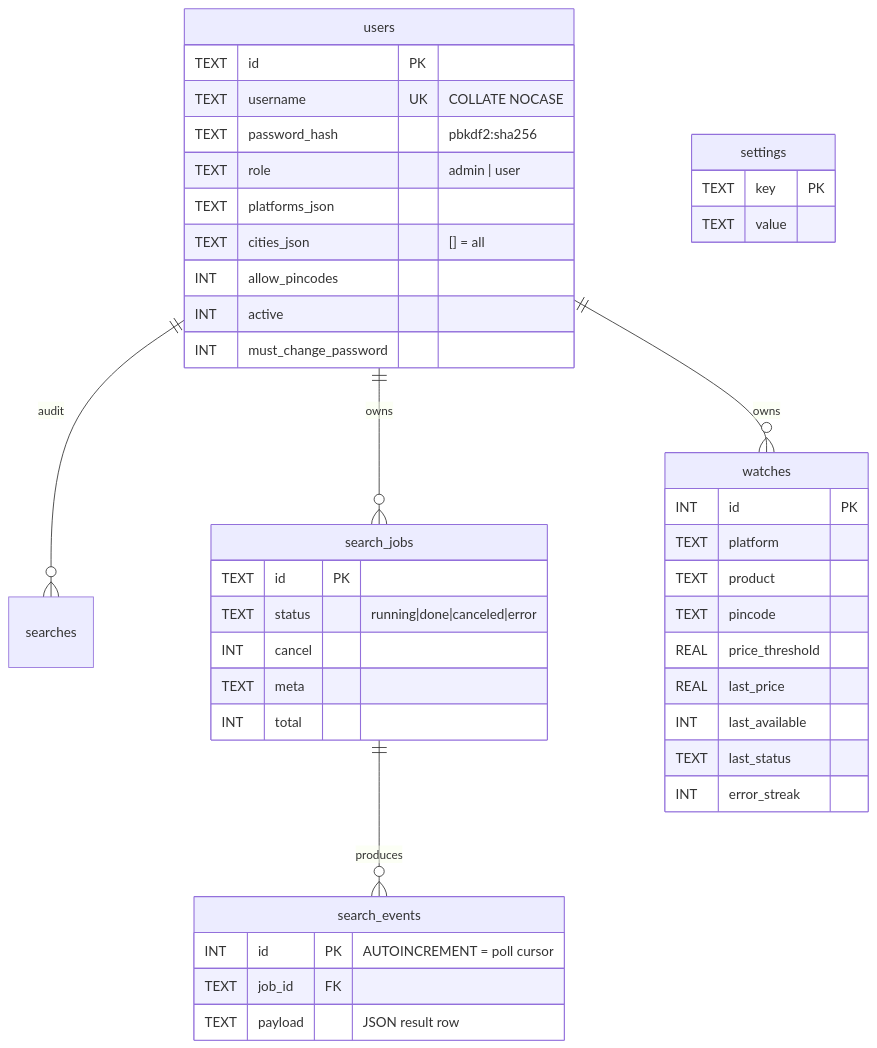
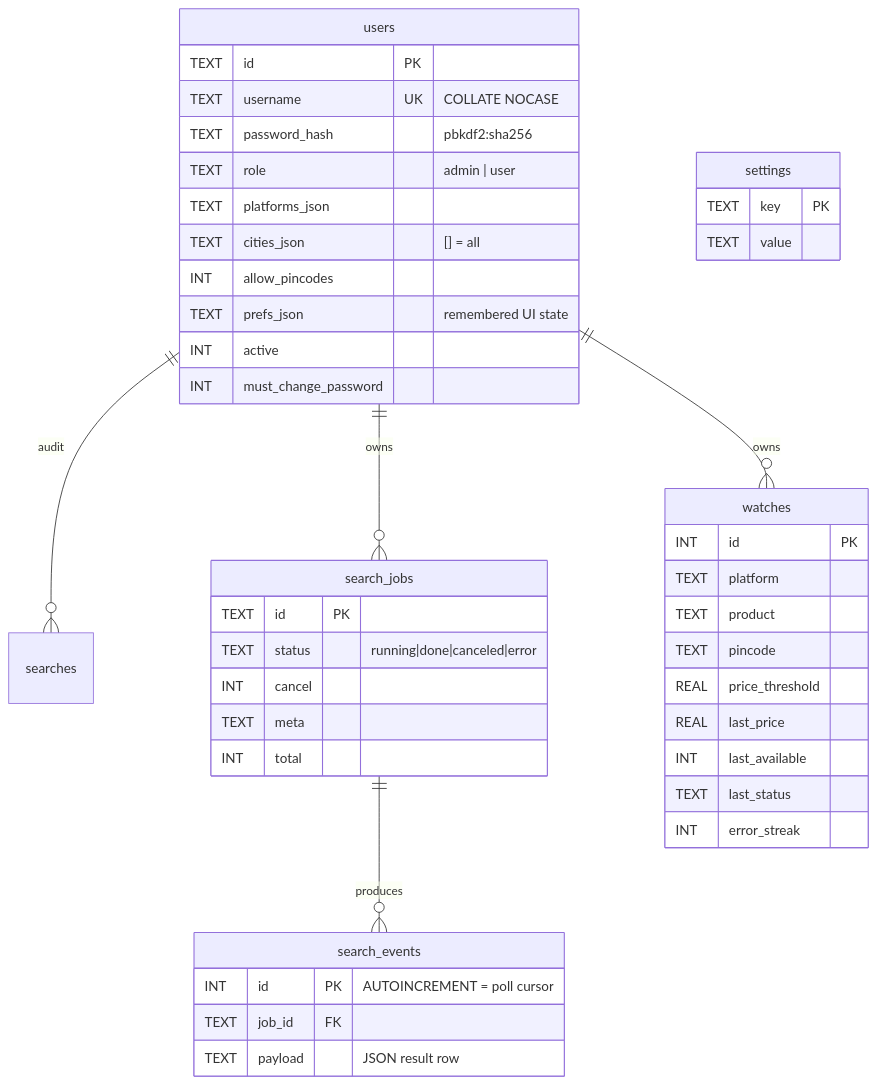
The fourth of 5 diagrams in docs/ARCHITECTURE.md (gauravv74/Stockify), drawn with Mermaid before and after one commit. The commit also changed other lines of this file and 18 other files, not shown here.

````diff
--- a/docs/ARCHITECTURE.md
+++ b/docs/ARCHITECTURE.md
@@ -337,46 +405,47 @@
 ```mermaid
 erDiagram
     users ||--o{ searches : "audit"
     users ||--o{ search_jobs : "owns"
     users ||--o{ watches : "owns"
     search_jobs ||--o{ search_events : "produces"
 
     users {
         TEXT id PK
         TEXT username UK "COLLATE NOCASE"
         TEXT password_hash "pbkdf2:sha256"
         TEXT role "admin | user"
         TEXT platforms_json
         TEXT cities_json "[] = all"
         INT  allow_pincodes
+        TEXT prefs_json "remembered UI state"
         INT  active
         INT  must_change_password
     }
     search_jobs {
         TEXT id PK
         TEXT status "running|done|canceled|error"
         INT  cancel
         TEXT meta
         INT  total
     }
     search_events {
         INT  id PK "AUTOINCREMENT = poll cursor"
         TEXT job_id FK
         TEXT payload "JSON result row"
     }
     watches {
         INT  id PK
         TEXT platform
         TEXT product
         TEXT pincode
         REAL price_threshold
         REAL last_price
         INT  last_available
         TEXT last_status
         INT  error_streak
     }
     settings {
         TEXT key PK
         TEXT value
     }
 ```
````
